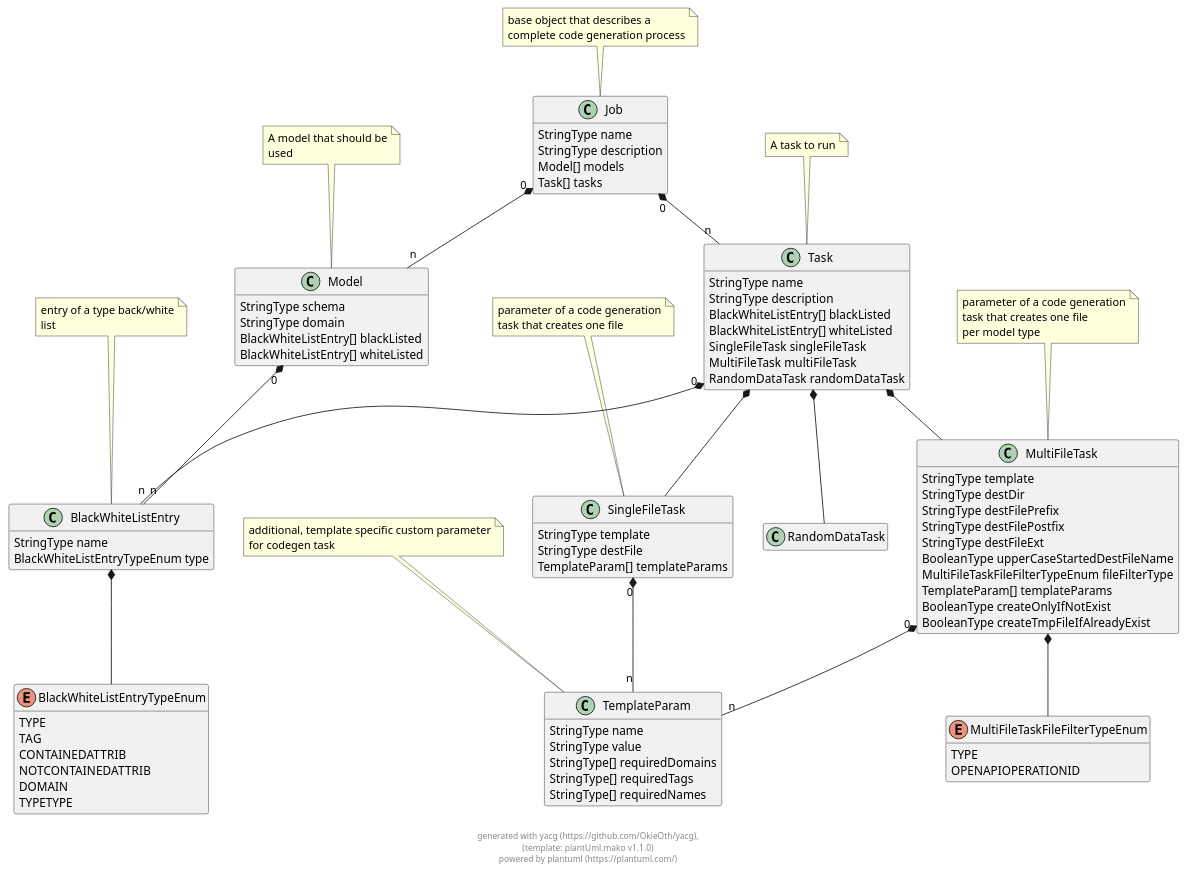
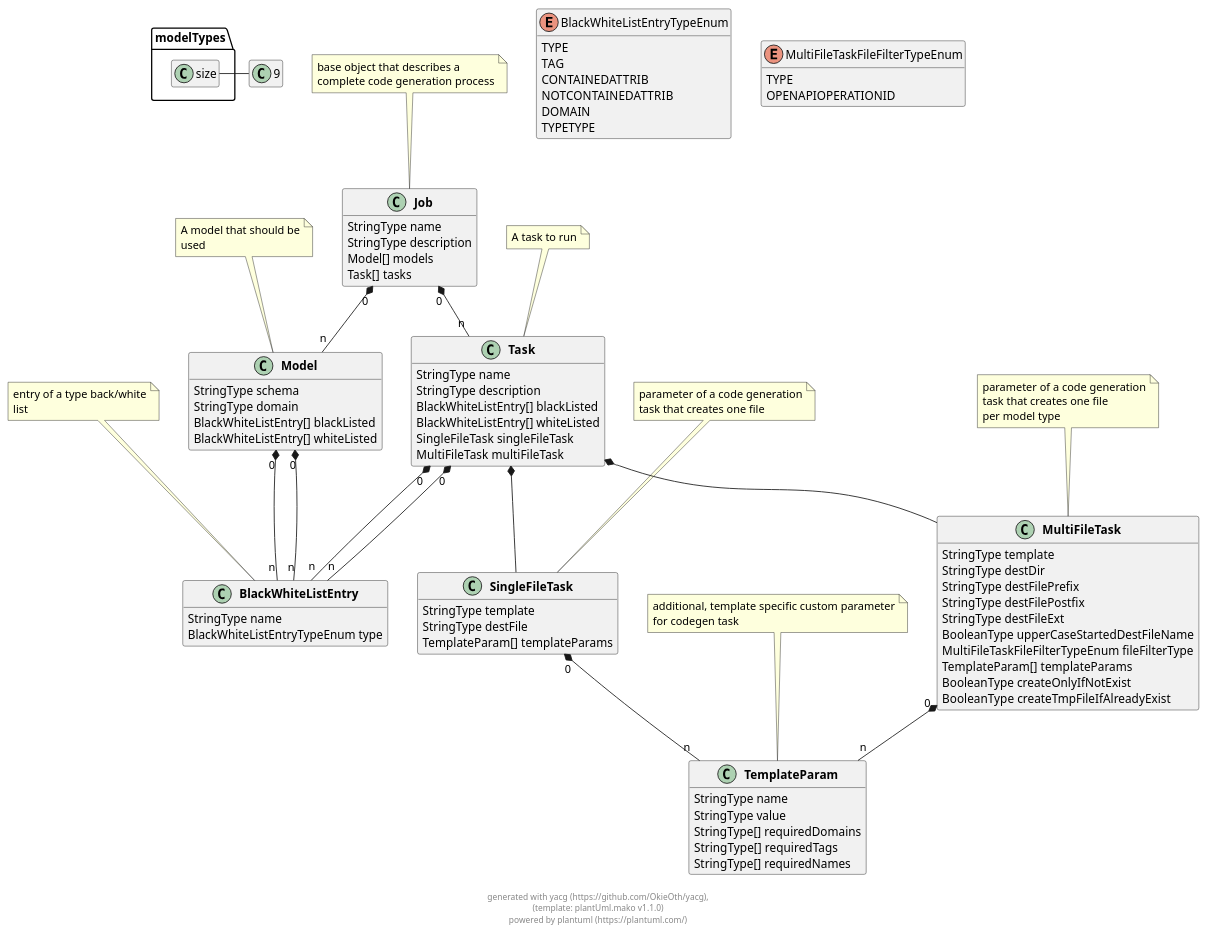
The diagram in docs/puml/yacg_config_schema.puml (OkieOth/yacg), drawn with PlantUML before and after one commit. The commit also changed 19 other files, not shown here.

```diff
--- a/docs/puml/yacg_config_schema.puml
+++ b/docs/puml/yacg_config_schema.puml
@@ -2,165 +2,154 @@
 @startuml
 hide empty methods
 hide empty fields
 
-class Job {
+modelTypes.size = 9
+
+
+class "**Job**" as Job {
         StringType name
         StringType description
         Model[] models
         Task[] tasks
 }
-
 note top: base object that describes a\ncomplete code generation process
 
-class Model {
+ 
+
+class "**Model**" as Model {
         StringType schema
         StringType domain
         BlackWhiteListEntry[] blackListed
         BlackWhiteListEntry[] whiteListed
 }
-
 note top: A model that should be\nused
 
-class Task {
+ 
+
+class "**Task**" as Task {
         StringType name
         StringType description
         BlackWhiteListEntry[] blackListed
         BlackWhiteListEntry[] whiteListed
         SingleFileTask singleFileTask
         MultiFileTask multiFileTask
-        RandomDataTask randomDataTask
 }
-
 note top: A task to run
 
-class BlackWhiteListEntry {
+ 
+
+class "**BlackWhiteListEntry**" as BlackWhiteListEntry {
         StringType name
         BlackWhiteListEntryTypeEnum type
 }
-
 note top: entry of a type back/white\nlist
 
-enum BlackWhiteListEntryTypeEnum {
+ 
+
+enum "BlackWhiteListEntryTypeEnum" as BlackWhiteListEntryTypeEnum {
     TYPE
     TAG
     CONTAINEDATTRIB
     NOTCONTAINEDATTRIB
     DOMAIN
     TYPETYPE
 }
 
-
-class SingleFileTask {
+class "**SingleFileTask**" as SingleFileTask {
         StringType template
         StringType destFile
         TemplateParam[] templateParams
 }
-
 note top: parameter of a code generation\ntask that creates one file
 
-class TemplateParam {
+ 
+
+class "**TemplateParam**" as TemplateParam {
         StringType name
         StringType value
         StringType[] requiredDomains
         StringType[] requiredTags
         StringType[] requiredNames
 }
-
 note top: additional, template specific custom parameter\nfor codegen task
 
-class MultiFileTask {
+ 
+
+class "**MultiFileTask**" as MultiFileTask {
         StringType template
         StringType destDir
         StringType destFilePrefix
         StringType destFilePostfix
         StringType destFileExt
         BooleanType upperCaseStartedDestFileName
         MultiFileTaskFileFilterTypeEnum fileFilterType
         TemplateParam[] templateParams
         BooleanType createOnlyIfNotExist
         BooleanType createTmpFileIfAlreadyExist
 }
-
 note top: parameter of a code generation\ntask that creates one file\nper model type
 
-enum MultiFileTaskFileFilterTypeEnum {
+ 
+
+enum "MultiFileTaskFileFilterTypeEnum" as MultiFileTaskFileFilterTypeEnum {
     TYPE
     OPENAPIOPERATIONID
 }
-
-
-class RandomDataTask {
-}
-
 
 
     
 
 
 Job "0" *-- "n" Model
-            
 
 Job "0" *-- "n" Task
-            
 
     
 
 
 Model "0" *-- "n" BlackWhiteListEntry
-            
 
+Model "0" *-- "n" BlackWhiteListEntry
 
     
 
 
 Task "0" *-- "n" BlackWhiteListEntry
-            
 
+Task "0" *-- "n" BlackWhiteListEntry
 
 Task  *--  SingleFileTask
-            
 
 Task  *--  MultiFileTask
-            
-
-Task  *--  RandomDataTask
-            
 
     
 
-BlackWhiteListEntry  *--  BlackWhiteListEntryTypeEnum
-            
 
     
     
 
 
 SingleFileTask "0" *-- "n" TemplateParam
-            
 
     
 
 
 
 
 
     
 
 
 
 
 
 
-MultiFileTask  *--  MultiFileTaskFileFilterTypeEnum
-            
 
 MultiFileTask "0" *-- "n" TemplateParam
-            
 
 
 
     
-    
 
 footer \ngenerated with yacg (https://github.com/OkieOth/yacg),\n(template: plantUml.mako v1.1.0)\npowered by plantuml (https://plantuml.com/)
 @enduml
```
